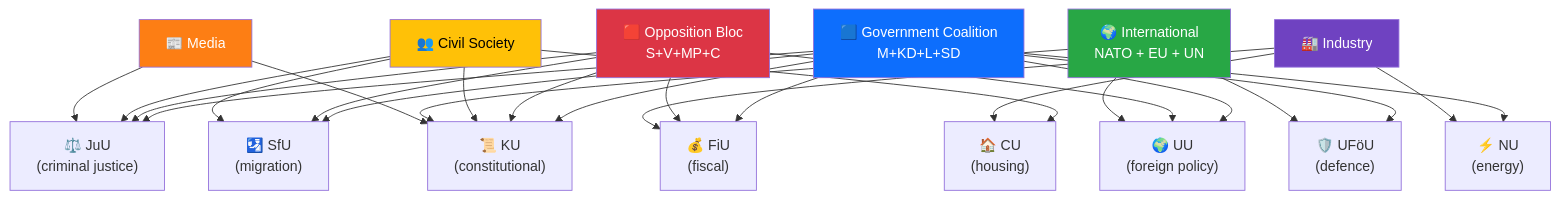
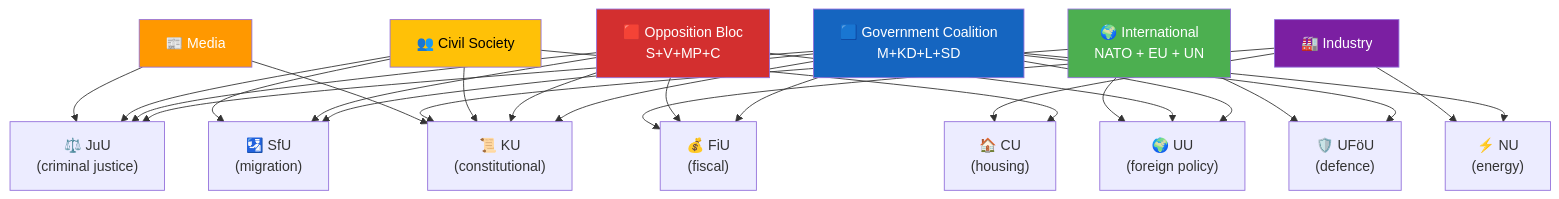
Before and after one commit to Hack23/riksdagsmonitor: the diagram in analysis/daily/2026-04-18/weekly-review/stakeholder-perspectives.md, drawn with Mermaid. The commit also changed 785 other files, not shown here.

First line of the commit message:
Normalize mermaid colors across 786 analysis artifacts to ISMS Style Guide palette

````diff
--- a/analysis/daily/2026-04-18/weekly-review/stakeholder-perspectives.md
+++ b/analysis/daily/2026-04-18/weekly-review/stakeholder-perspectives.md
@@ -175,54 +175,54 @@
 ```mermaid
 graph TD
     GOV["🟦 Government Coalition<br/>M+KD+L+SD"]
     OPP["🟥 Opposition Bloc<br/>S+V+MP+C"]
     CIV["👥 Civil Society"]
     INT["🌍 International<br/>NATO + EU + UN"]
     IND["🏭 Industry"]
     MED["📰 Media"]
     
     KU["📜 KU<br/>(constitutional)"]
     FIU["💰 FiU<br/>(fiscal)"]
     JUU["⚖️ JuU<br/>(criminal justice)"]
     UU["🌍 UU<br/>(foreign policy)"]
     SFU["🛂 SfU<br/>(migration)"]
     CU["🏠 CU<br/>(housing)"]
     NU["⚡ NU<br/>(energy)"]
     UFOU["🛡️ UFöU<br/>(defence)"]
     
     GOV --> FIU
     GOV --> JUU
     GOV --> KU
     GOV --> SFU
     GOV --> NU
     GOV --> UFOU
     OPP --> FIU
     OPP --> KU
     OPP --> SFU
     OPP --> JUU
     GOV --> UU
     OPP --> UU
     
     CIV --> SFU
     CIV --> JUU
     CIV --> KU
     CIV --> CU
     
     INT --> UU
     INT --> UFOU
     INT --> KU
     
     IND --> NU
     IND --> CU
     IND --> FIU
     
     MED --> KU
     MED --> JUU
     
-    style GOV fill:#0d6efd,color:#fff
-    style OPP fill:#dc3545,color:#fff
-    style CIV fill:#ffc107,color:#000
-    style INT fill:#28a745,color:#fff
-    style IND fill:#6f42c1,color:#fff
-    style MED fill:#fd7e14,color:#fff
+    style GOV fill:#1565C0,color:#FFFFFF
+    style OPP fill:#D32F2F,color:#FFFFFF
+    style CIV fill:#FFC107,color:#000000
+    style INT fill:#4CAF50,color:#FFFFFF
+    style IND fill:#7B1FA2,color:#FFFFFF
+    style MED fill:#FF9800,color:#FFFFFF
 ```
````
